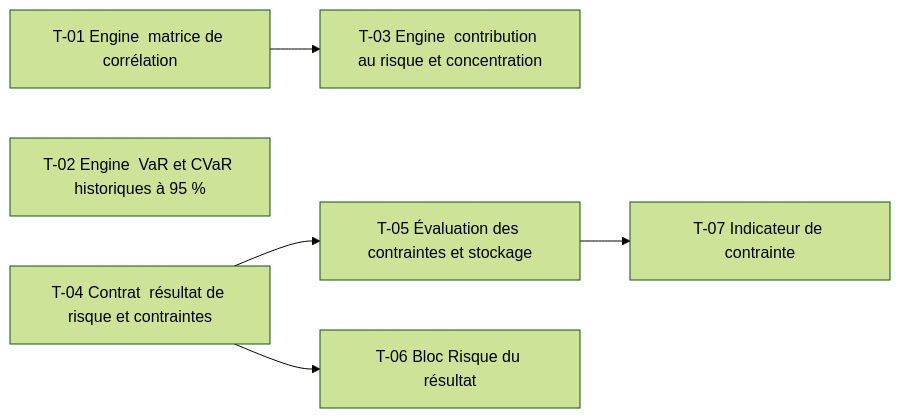
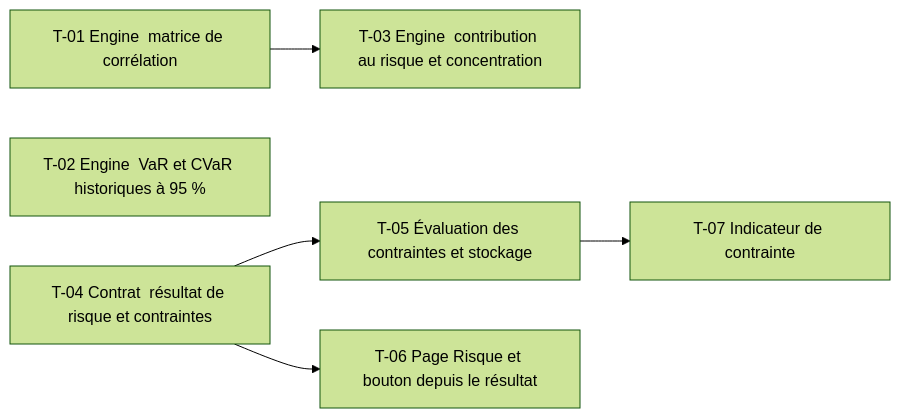
One commit to Matsuel/TradingPlateform changed the diagram in roadmap/13-risk-engine/TASKS.md. Above: the diagram before and after it, drawn with Mermaid (forest theme). The commit also changed other lines of this file and 7 other files, not shown here.

First line of the commit message:
docs(roadmap): maquettes des écrans existants modifiés par les features 12 à 20

````diff
--- a/roadmap/13-risk-engine/TASKS.md
+++ b/roadmap/13-risk-engine/TASKS.md
@@ -32,14 +32,14 @@
 ```mermaid
 flowchart LR
     T01[T-01 Engine  matrice de corrélation]
     T02[T-02 Engine  VaR et CVaR historiques à 95 %]
     T03[T-03 Engine  contribution au risque et concentration]
     T04[T-04 Contrat  résultat de risque et contraintes]
     T05[T-05 Évaluation des contraintes et stockage]
-    T06[T-06 Bloc Risque du résultat]
+    T06[T-06 Page Risque et bouton depuis le résultat]
     T07[T-07 Indicateur de contrainte]
     T01 --> T03
     T04 --> T05
     T04 --> T06
     T05 --> T07
 ```
````
